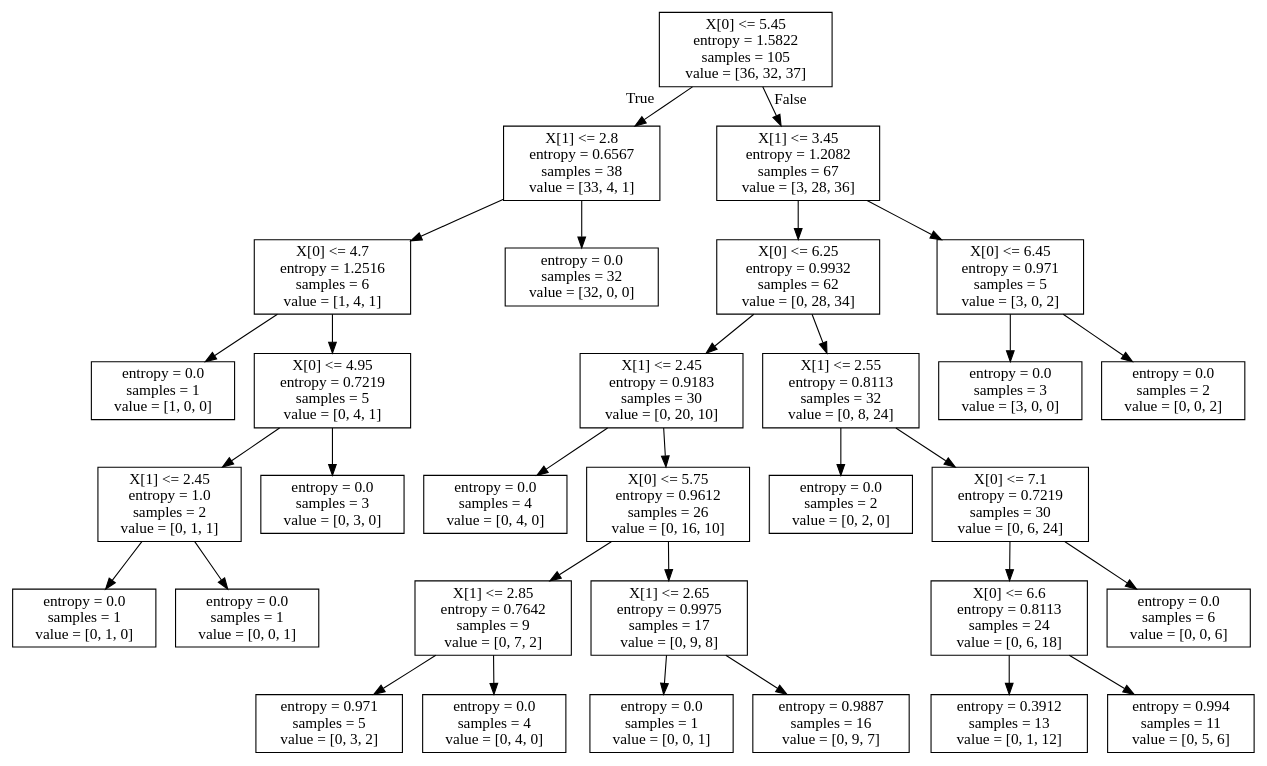
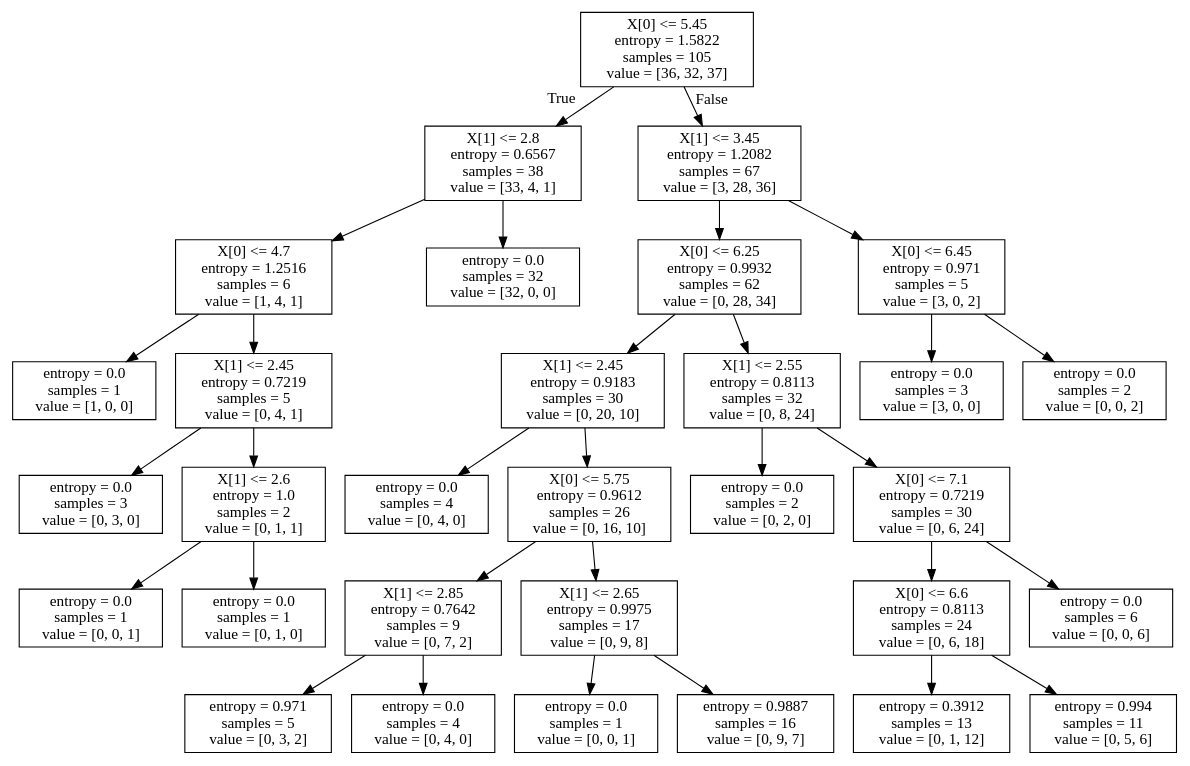
One commit to boredbird/Python_ML_Code changed the diagram in xiaoxiang_code/12.RandomForest/iris.dot. Above: the diagram before and after it, drawn with Graphviz. The commit also changed 27 other files, not shown here.

```diff
--- a/xiaoxiang_code/12.RandomForest/iris.dot
+++ b/xiaoxiang_code/12.RandomForest/iris.dot
@@ -1,64 +1,64 @@
 digraph Tree {
 node [shape=box] ;
 0 [label="X[0] <= 5.45\nentropy = 1.5822\nsamples = 105\nvalue = [36, 32, 37]"] ;
 1 [label="X[1] <= 2.8\nentropy = 0.6567\nsamples = 38\nvalue = [33, 4, 1]"] ;
 0 -> 1 [labeldistance=2.5, labelangle=45, headlabel="True"] ;
 2 [label="X[0] <= 4.7\nentropy = 1.2516\nsamples = 6\nvalue = [1, 4, 1]"] ;
 1 -> 2 ;
 3 [label="entropy = 0.0\nsamples = 1\nvalue = [1, 0, 0]"] ;
 2 -> 3 ;
-4 [label="X[0] <= 4.95\nentropy = 0.7219\nsamples = 5\nvalue = [0, 4, 1]"] ;
+4 [label="X[1] <= 2.45\nentropy = 0.7219\nsamples = 5\nvalue = [0, 4, 1]"] ;
 2 -> 4 ;
-5 [label="X[1] <= 2.45\nentropy = 1.0\nsamples = 2\nvalue = [0, 1, 1]"] ;
+5 [label="entropy = 0.0\nsamples = 3\nvalue = [0, 3, 0]"] ;
 4 -> 5 ;
-6 [label="entropy = 0.0\nsamples = 1\nvalue = [0, 1, 0]"] ;
-5 -> 6 ;
+6 [label="X[1] <= 2.6\nentropy = 1.0\nsamples = 2\nvalue = [0, 1, 1]"] ;
+4 -> 6 ;
 7 [label="entropy = 0.0\nsamples = 1\nvalue = [0, 0, 1]"] ;
-5 -> 7 ;
-8 [label="entropy = 0.0\nsamples = 3\nvalue = [0, 3, 0]"] ;
-4 -> 8 ;
+6 -> 7 ;
+8 [label="entropy = 0.0\nsamples = 1\nvalue = [0, 1, 0]"] ;
+6 -> 8 ;
 9 [label="entropy = 0.0\nsamples = 32\nvalue = [32, 0, 0]"] ;
 1 -> 9 ;
 10 [label="X[1] <= 3.45\nentropy = 1.2082\nsamples = 67\nvalue = [3, 28, 36]"] ;
 0 -> 10 [labeldistance=2.5, labelangle=-45, headlabel="False"] ;
 11 [label="X[0] <= 6.25\nentropy = 0.9932\nsamples = 62\nvalue = [0, 28, 34]"] ;
 10 -> 11 ;
 12 [label="X[1] <= 2.45\nentropy = 0.9183\nsamples = 30\nvalue = [0, 20, 10]"] ;
 11 -> 12 ;
 13 [label="entropy = 0.0\nsamples = 4\nvalue = [0, 4, 0]"] ;
 12 -> 13 ;
 14 [label="X[0] <= 5.75\nentropy = 0.9612\nsamples = 26\nvalue = [0, 16, 10]"] ;
 12 -> 14 ;
 15 [label="X[1] <= 2.85\nentropy = 0.7642\nsamples = 9\nvalue = [0, 7, 2]"] ;
 14 -> 15 ;
 16 [label="entropy = 0.971\nsamples = 5\nvalue = [0, 3, 2]"] ;
 15 -> 16 ;
 17 [label="entropy = 0.0\nsamples = 4\nvalue = [0, 4, 0]"] ;
 15 -> 17 ;
 18 [label="X[1] <= 2.65\nentropy = 0.9975\nsamples = 17\nvalue = [0, 9, 8]"] ;
 14 -> 18 ;
 19 [label="entropy = 0.0\nsamples = 1\nvalue = [0, 0, 1]"] ;
 18 -> 19 ;
 20 [label="entropy = 0.9887\nsamples = 16\nvalue = [0, 9, 7]"] ;
 18 -> 20 ;
 21 [label="X[1] <= 2.55\nentropy = 0.8113\nsamples = 32\nvalue = [0, 8, 24]"] ;
 11 -> 21 ;
 22 [label="entropy = 0.0\nsamples = 2\nvalue = [0, 2, 0]"] ;
 21 -> 22 ;
 23 [label="X[0] <= 7.1\nentropy = 0.7219\nsamples = 30\nvalue = [0, 6, 24]"] ;
 21 -> 23 ;
 24 [label="X[0] <= 6.6\nentropy = 0.8113\nsamples = 24\nvalue = [0, 6, 18]"] ;
 23 -> 24 ;
 25 [label="entropy = 0.3912\nsamples = 13\nvalue = [0, 1, 12]"] ;
 24 -> 25 ;
 26 [label="entropy = 0.994\nsamples = 11\nvalue = [0, 5, 6]"] ;
 24 -> 26 ;
 27 [label="entropy = 0.0\nsamples = 6\nvalue = [0, 0, 6]"] ;
 23 -> 27 ;
 28 [label="X[0] <= 6.45\nentropy = 0.971\nsamples = 5\nvalue = [3, 0, 2]"] ;
 10 -> 28 ;
 29 [label="entropy = 0.0\nsamples = 3\nvalue = [3, 0, 0]"] ;
 28 -> 29 ;
 30 [label="entropy = 0.0\nsamples = 2\nvalue = [0, 0, 2]"] ;
 28 -> 30 ;
 }
```
